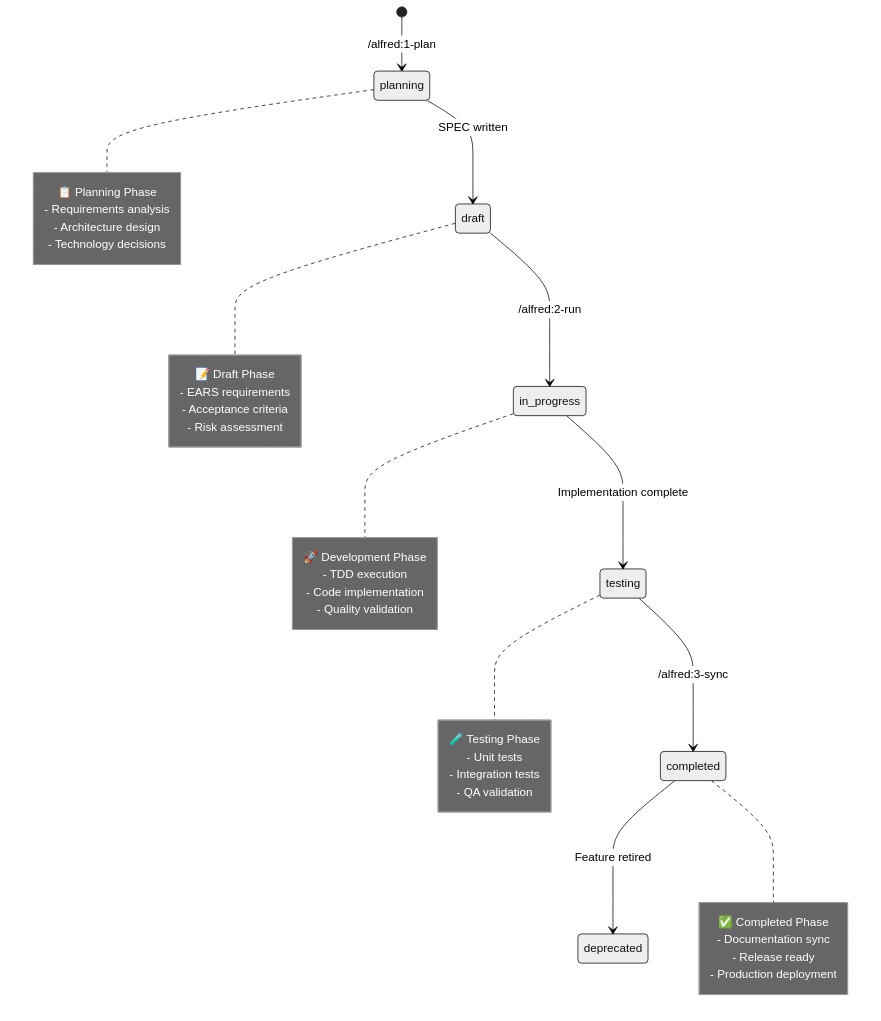
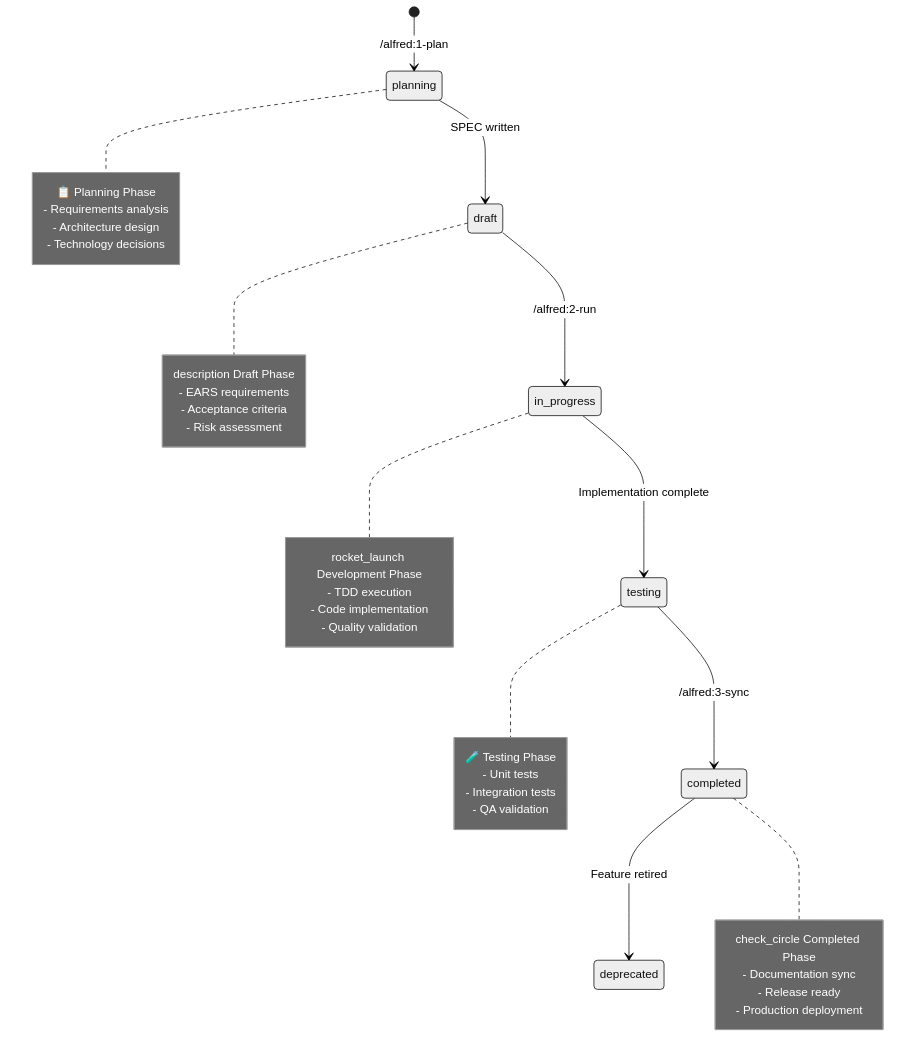
Before and after one commit to modu-ai/moai-adk: the second of 2 diagrams in docs/src/guides/alfred/index.md, drawn with Mermaid. The commit also changed other lines of this file and 101 other files, not shown here.

````diff
--- a/docs/src/guides/alfred/index.md
+++ b/docs/src/guides/alfred/index.md
@@ -299,45 +307,45 @@
 ```mermaid
 %%{init: {'theme':'neutral'}}%%
 stateDiagram-v2
     [*] --> planning: /alfred:1-plan
     planning --> draft: SPEC written
     draft --> in_progress: /alfred:2-run
     in_progress --> testing: Implementation complete
     testing --> completed: /alfred:3-sync
     completed --> deprecated: Feature retired
 
     note right of planning
         📋 Planning Phase
         - Requirements analysis
         - Architecture design
         - Technology decisions
     end note
 
     note right of draft
-        📝 Draft Phase
+        <span class="material-icons">description</span> Draft Phase
         - EARS requirements
         - Acceptance criteria
         - Risk assessment
     end note
 
     note right of in_progress
-        🚀 Development Phase
+        <span class="material-icons">rocket_launch</span> Development Phase
         - TDD execution
         - Code implementation
         - Quality validation
     end note
 
     note right of testing
         🧪 Testing Phase
         - Unit tests
         - Integration tests
         - QA validation
     end note
 
     note right of completed
-        ✅ Completed Phase
+        <span class="material-icons">check_circle</span> Completed Phase
         - Documentation sync
         - Release ready
         - Production deployment
     end note
 ```
````
